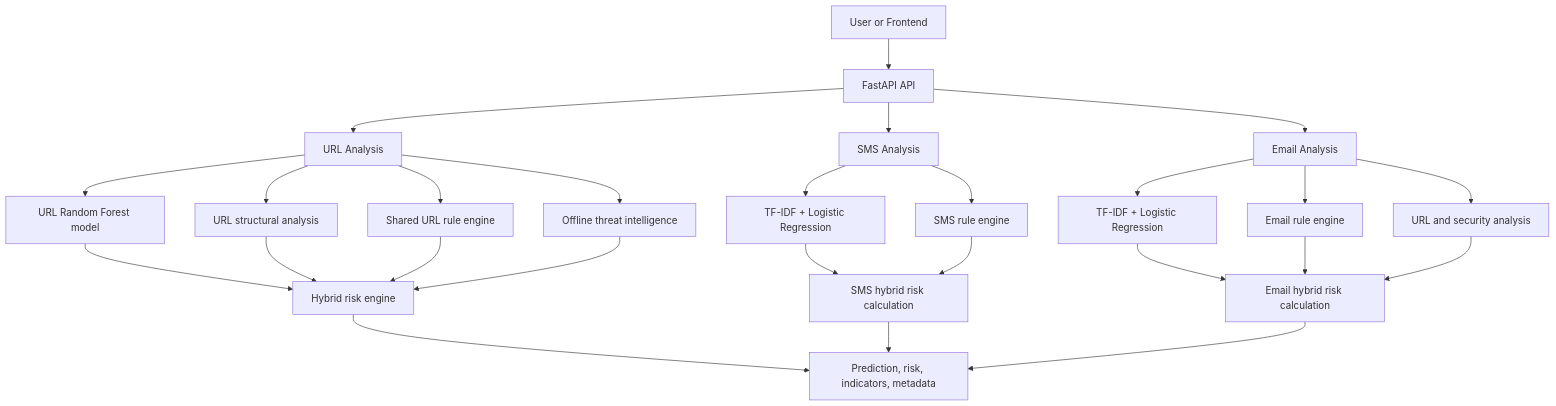
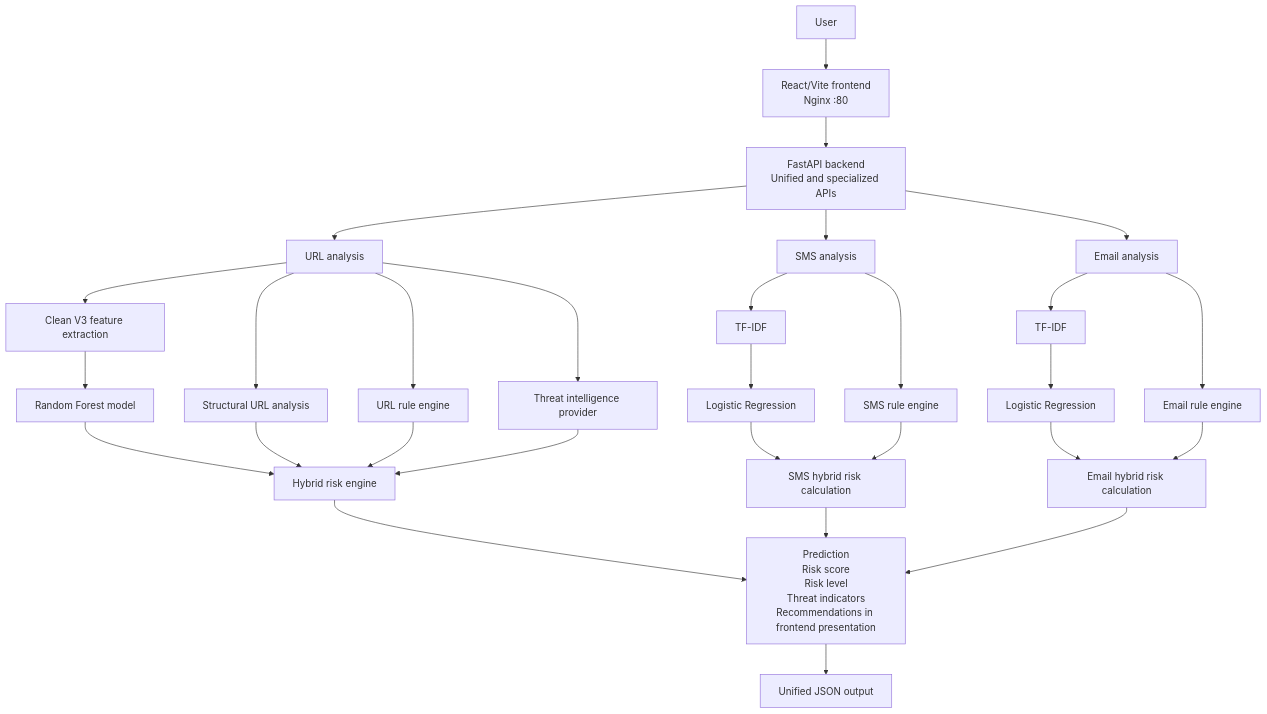
The diagram in README.md (Mateenjr7/Phish_Guard_AI), drawn with Mermaid before and after one commit. The commit also changed other lines of this file, not shown here.

````diff
--- a/README.md
+++ b/README.md
@@ -22,32 +41,36 @@
 ```mermaid
 flowchart TD
-    U[User or Frontend] --> API[FastAPI API]
-    API --> URL[URL Analysis]
-    API --> SMS[SMS Analysis]
-    API --> EMAIL[Email Analysis]
+    User[User] --> Frontend[React/Vite frontend<br/>Nginx :80]
+    Frontend --> API[FastAPI backend<br/>Unified and specialized APIs]
 
-    URL --> URLML[URL Random Forest model]
-    URL --> STRUCT[URL structural analysis]
-    URL --> RULES[Shared URL rule engine]
-    URL --> TI[Offline threat intelligence]
-    URLML --> RISK[Hybrid risk engine]
-    STRUCT --> RISK
-    RULES --> RISK
-    TI --> RISK
+    API --> URL[URL analysis]
+    API --> SMS[SMS analysis]
+    API --> Email[Email analysis]
 
-    SMS --> SMSML[TF-IDF + Logistic Regression]
-    SMS --> SMSRULES[SMS rule engine]
-    SMSML --> SMSRISK[SMS hybrid risk calculation]
-    SMSRULES --> SMSRISK
+    URL --> URLFeatures[Clean V3 feature extraction]
+    URLFeatures --> URLModel[Random Forest model]
+    URL --> URLStructure[Structural URL analysis]
+    URL --> URLRules[URL rule engine]
+    URL --> ThreatIntel[Threat intelligence provider]
+    URLModel --> URLRisk[Hybrid risk engine]
+    URLStructure --> URLRisk
+    URLRules --> URLRisk
+    ThreatIntel --> URLRisk
 
-    EMAIL --> EMAILML[TF-IDF + Logistic Regression]
-    EMAIL --> EMAILRULES[Email rule engine]
-    EMAIL --> EMAILURL[URL and security analysis]
-    EMAILML --> EMAILRISK[Email hybrid risk calculation]
-    EMAILRULES --> EMAILRISK
-    EMAILURL --> EMAILRISK
+    SMS --> SMSFeatures[TF-IDF]
+    SMSFeatures --> SMSModel[Logistic Regression]
+    SMS --> SMSRules[SMS rule engine]
+    SMSModel --> SMSRisk[SMS hybrid risk calculation]
+    SMSRules --> SMSRisk
 
-    RISK --> RESP[Prediction, risk, indicators, metadata]
-    SMSRISK --> RESP
-    EMAILRISK --> RESP
+    Email --> EmailFeatures[TF-IDF]
+    EmailFeatures --> EmailModel[Logistic Regression]
+    Email --> EmailRules[Email rule engine]
+    EmailModel --> EmailRisk[Email hybrid risk calculation]
+    EmailRules --> EmailRisk
+
+    URLRisk --> Output[Prediction<br/>Risk score<br/>Risk level<br/>Threat indicators<br/>Recommendations in frontend presentation]
+    SMSRisk --> Output
+    EmailRisk --> Output
+    Output --> Unified[Unified JSON output]
 ```
````
